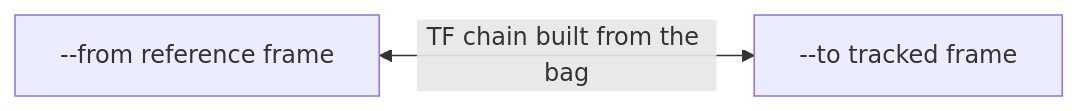
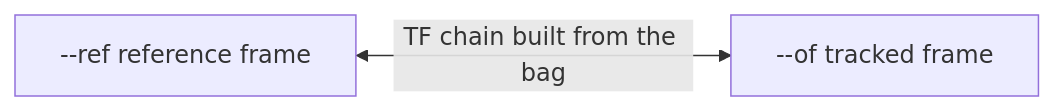
One commit to otenim/bagwiz changed the first of 3 diagrams in docs/commands/traj.md. Above: the diagram before and after it, drawn with Mermaid. The commit also changed other lines of this file and 3 other files, not shown here.

First line of the commit message:
refactor(traj)!: take dump/join's frame pair via --of/--ref

````diff
--- a/docs/commands/traj.md
+++ b/docs/commands/traj.md
@@ -82,6 +82,6 @@
 ```mermaid
 flowchart LR
-  From["--from reference frame"]
-  To["--to tracked frame"]
-  From <-->|"TF chain built from the bag"| To
+  Ref["--ref reference frame"]
+  Of["--of tracked frame"]
+  Ref <-->|"TF chain built from the bag"| Of
 ```
````
